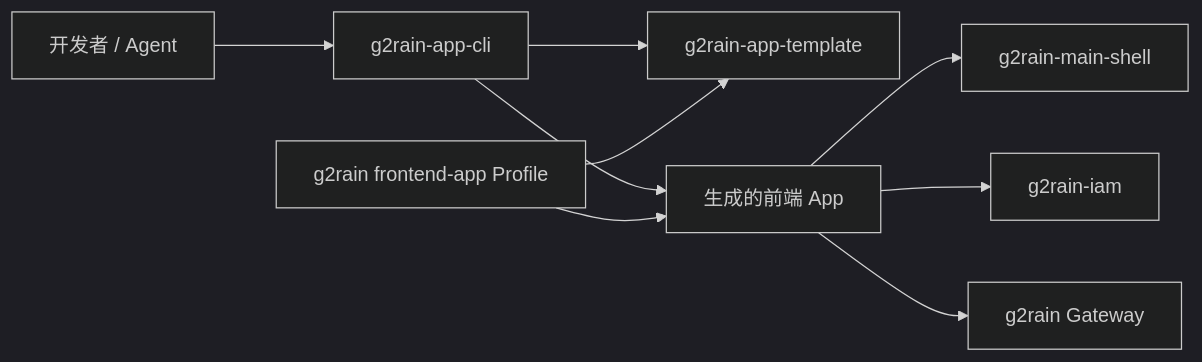
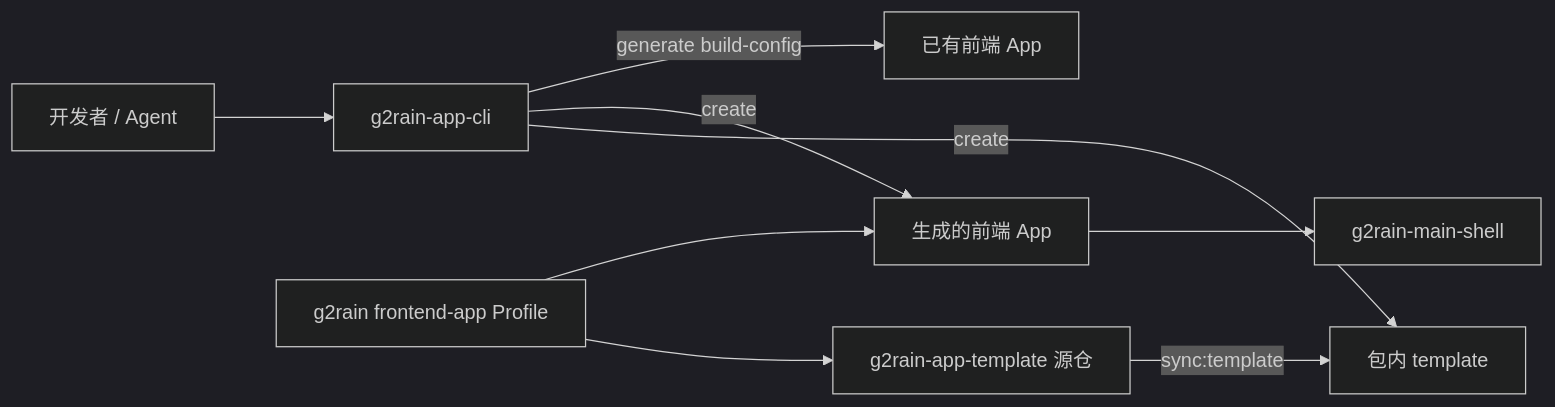
The diagram in docs/architecture/overview.md (g2rain/g2rain-app-cli), drawn with Mermaid (dark theme) before and after one commit. The commit also changed other lines of this file and 356 other files, not shown here.

````diff
--- a/docs/architecture/overview.md
+++ b/docs/architecture/overview.md
@@ -7,11 +12,11 @@
 ```mermaid
 flowchart LR
   Developer[开发者 / Agent] --> CLI[g2rain-app-cli]
-  CLI --> Template[g2rain-app-template]
-  CLI --> Generated[生成的前端 App]
-  Central[g2rain frontend-app Profile] --> Template
+  Source[g2rain-app-template 源仓] -->|sync:template| Bundled[包内 template]
+  CLI -->|create| Bundled
+  CLI -->|create| Generated[生成的前端 App]
+  CLI -->|generate build-config| ExistingApp[已有前端 App]
+  Central[g2rain frontend-app Profile] --> Source
   Central --> Generated
   Generated --> Shell[g2rain-main-shell]
-  Generated --> IAM[g2rain-iam]
-  Generated --> Gateway[g2rain Gateway]
 ```
````
